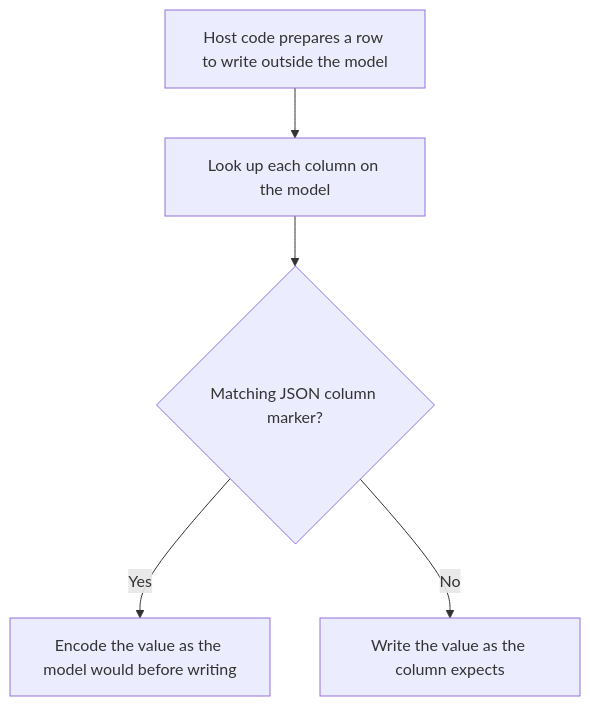
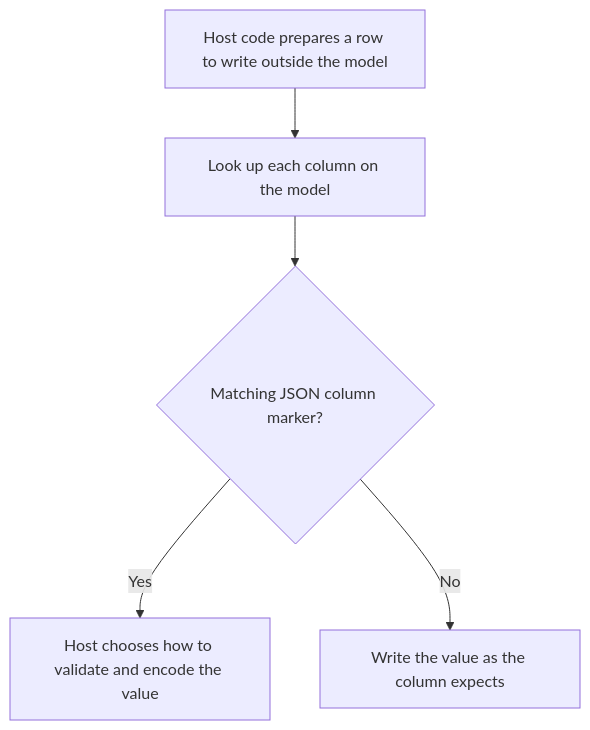
Before and after one commit to Kevinjohn/oss-adonisjs-lucid-checked-columns: the first of 2 diagrams in user-stories/US-COLUMN-03-find-json-columns.md, drawn with Mermaid. The commit also changed other lines of this file and 9 other files, not shown here.

````diff
--- a/user-stories/US-COLUMN-03-find-json-columns.md
+++ b/user-stories/US-COLUMN-03-find-json-columns.md
@@ -24,7 +24,7 @@
 ```mermaid
 flowchart TD
     A["Host code prepares a row to write outside the model"] --> B["Look up each column on the model"]
     B --> C{"Matching JSON column marker?"}
-    C -->|Yes| D["Encode the value as the model would before writing"]
+    C -->|Yes| D["Host chooses how to validate and encode the value"]
     C -->|No| E["Write the value as the column expects"]
 ```
````
